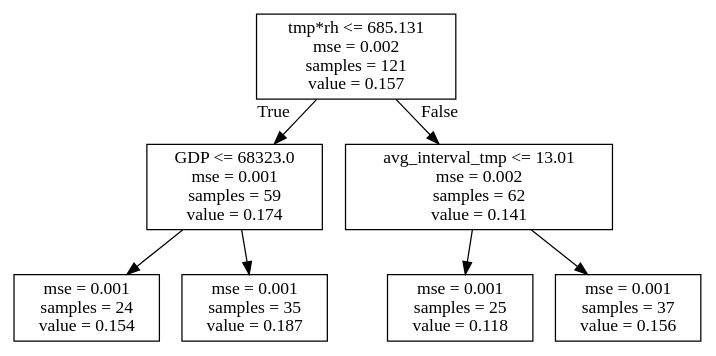
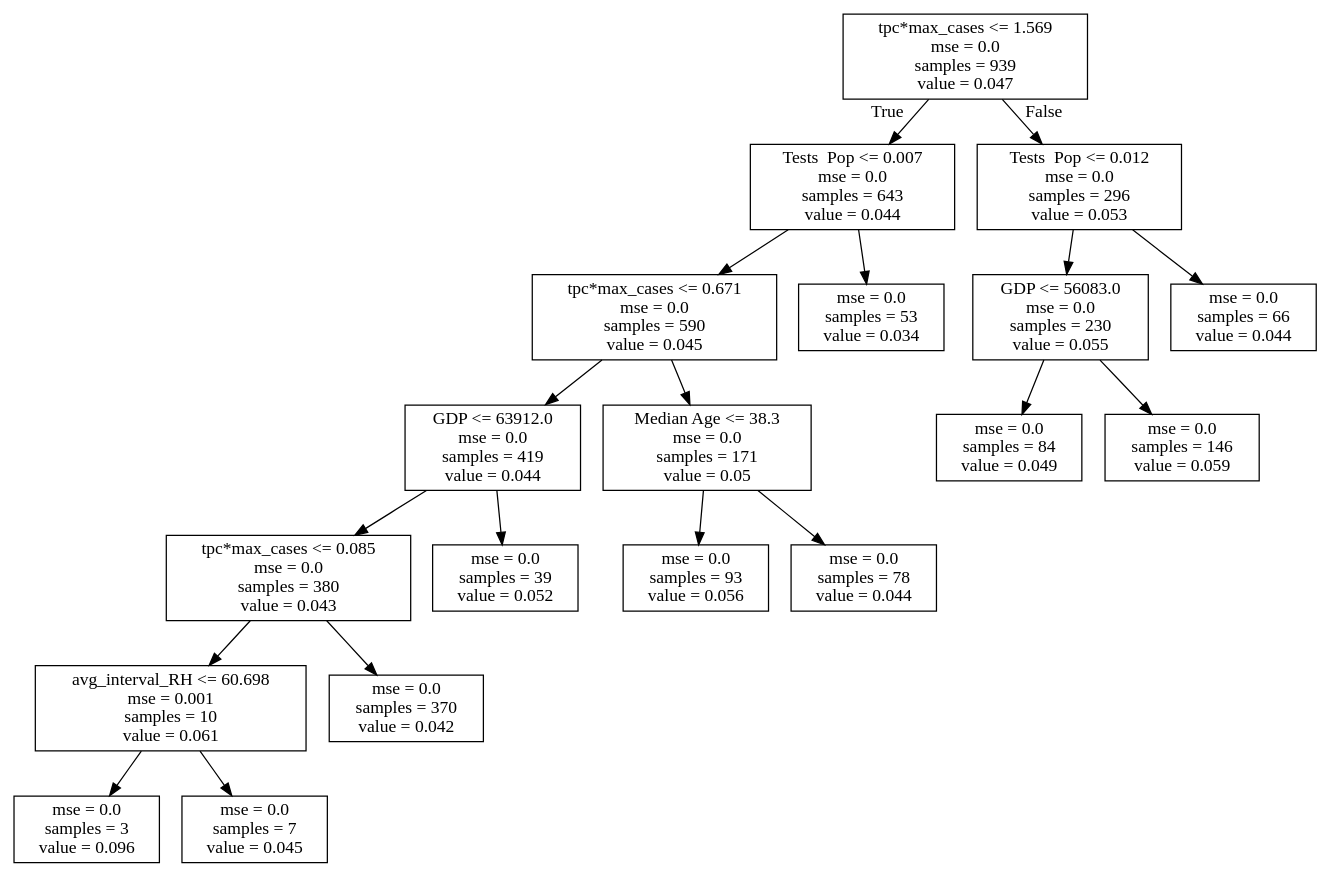
Before and after one commit to hopl1t/covid19: the diagram in products/decision_tree/decision_tree_GF_Q2_run0.dot, drawn with Graphviz. The commit also changed 55 other files, not shown here.

```diff
--- a/products/decision_tree/decision_tree_GF_Q2_run0.dot
+++ b/products/decision_tree/decision_tree_GF_Q2_run0.dot
@@ -1,16 +1,40 @@
 digraph Tree {
 node [shape=box] ;
-0 [label="tmp*rh <= 685.131\nmse = 0.002\nsamples = 121\nvalue = 0.157"] ;
-1 [label="GDP <= 68323.0\nmse = 0.001\nsamples = 59\nvalue = 0.174"] ;
+0 [label="tpc*max_cases <= 1.569\nmse = 0.0\nsamples = 939\nvalue = 0.047"] ;
+1 [label="Tests \ Pop <= 0.007\nmse = 0.0\nsamples = 643\nvalue = 0.044"] ;
 0 -> 1 [labeldistance=2.5, labelangle=45, headlabel="True"] ;
-2 [label="mse = 0.001\nsamples = 24\nvalue = 0.154"] ;
+2 [label="tpc*max_cases <= 0.671\nmse = 0.0\nsamples = 590\nvalue = 0.045"] ;
 1 -> 2 ;
-3 [label="mse = 0.001\nsamples = 35\nvalue = 0.187"] ;
-1 -> 3 ;
-4 [label="avg_interval_tmp <= 13.01\nmse = 0.002\nsamples = 62\nvalue = 0.141"] ;
-0 -> 4 [labeldistance=2.5, labelangle=-45, headlabel="False"] ;
-5 [label="mse = 0.001\nsamples = 25\nvalue = 0.118"] ;
+3 [label="GDP <= 63912.0\nmse = 0.0\nsamples = 419\nvalue = 0.044"] ;
+2 -> 3 ;
+4 [label="tpc*max_cases <= 0.085\nmse = 0.0\nsamples = 380\nvalue = 0.043"] ;
+3 -> 4 ;
+5 [label="avg_interval_RH <= 60.698\nmse = 0.001\nsamples = 10\nvalue = 0.061"] ;
 4 -> 5 ;
-6 [label="mse = 0.001\nsamples = 37\nvalue = 0.156"] ;
-4 -> 6 ;
+6 [label="mse = 0.0\nsamples = 3\nvalue = 0.096"] ;
+5 -> 6 ;
+7 [label="mse = 0.0\nsamples = 7\nvalue = 0.045"] ;
+5 -> 7 ;
+8 [label="mse = 0.0\nsamples = 370\nvalue = 0.042"] ;
+4 -> 8 ;
+9 [label="mse = 0.0\nsamples = 39\nvalue = 0.052"] ;
+3 -> 9 ;
+10 [label="Median Age <= 38.3\nmse = 0.0\nsamples = 171\nvalue = 0.05"] ;
+2 -> 10 ;
+11 [label="mse = 0.0\nsamples = 93\nvalue = 0.056"] ;
+10 -> 11 ;
+12 [label="mse = 0.0\nsamples = 78\nvalue = 0.044"] ;
+10 -> 12 ;
+13 [label="mse = 0.0\nsamples = 53\nvalue = 0.034"] ;
+1 -> 13 ;
+14 [label="Tests \ Pop <= 0.012\nmse = 0.0\nsamples = 296\nvalue = 0.053"] ;
+0 -> 14 [labeldistance=2.5, labelangle=-45, headlabel="False"] ;
+15 [label="GDP <= 56083.0\nmse = 0.0\nsamples = 230\nvalue = 0.055"] ;
+14 -> 15 ;
+16 [label="mse = 0.0\nsamples = 84\nvalue = 0.049"] ;
+15 -> 16 ;
+17 [label="mse = 0.0\nsamples = 146\nvalue = 0.059"] ;
+15 -> 17 ;
+18 [label="mse = 0.0\nsamples = 66\nvalue = 0.044"] ;
+14 -> 18 ;
 }
```
